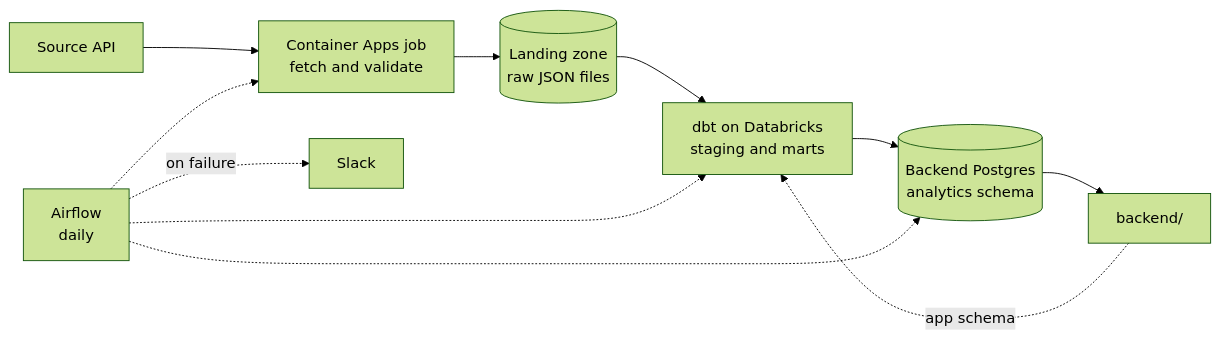
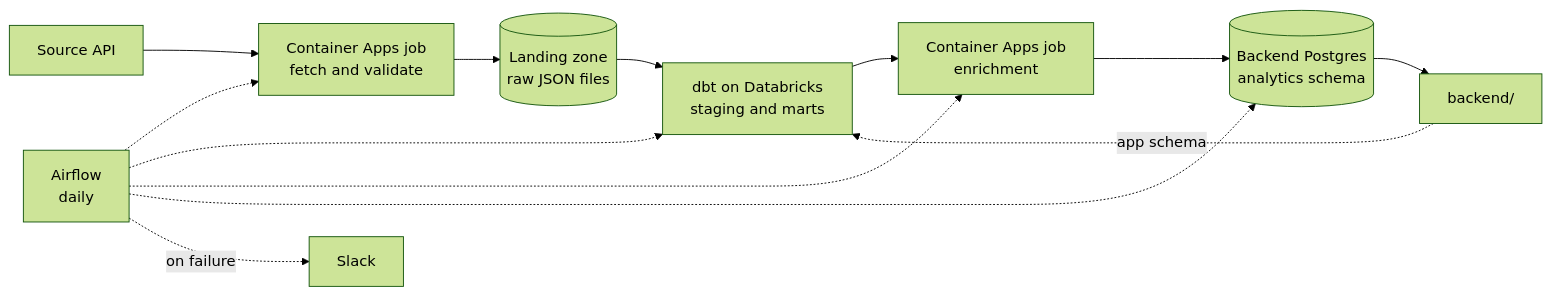
Before and after one commit to HackYourFuture/final-project-template: the diagram in data/README.md, drawn with Mermaid (forest theme). The commit also changed other lines of this file and 3 other files, not shown here.

````diff
--- a/data/README.md
+++ b/data/README.md
@@ -10,13 +15,15 @@
 ```mermaid
 flowchart LR
     API["Source API"] --> ACA["Container Apps job<br/>fetch and validate"]
     ACA --> VOL[("Landing zone<br/>raw JSON files")]
     VOL --> DBT["dbt on Databricks<br/>staging and marts"]
-    DBT --> PG[("Backend Postgres<br/>analytics schema")]
+    DBT --> EN["Container Apps job<br/>enrichment"]
+    EN --> PG[("Backend Postgres<br/>analytics schema")]
     PG --> BE["backend/"]
     BE -.->|app schema| DBT
     AF["Airflow<br/>daily"] -.-> ACA
     AF -.-> DBT
+    AF -.-> EN
     AF -.-> PG
     AF -.->|on failure| SL["Slack"]
 ```
````
